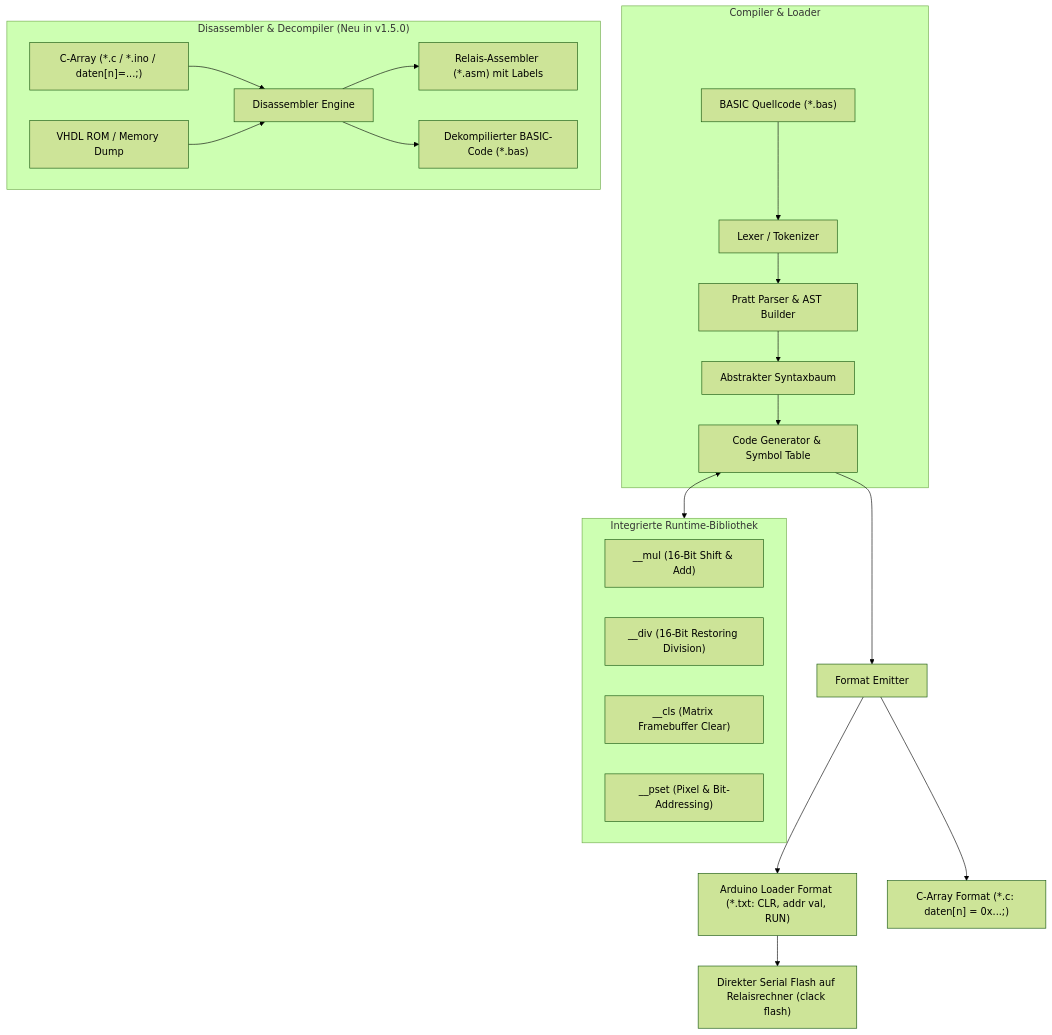
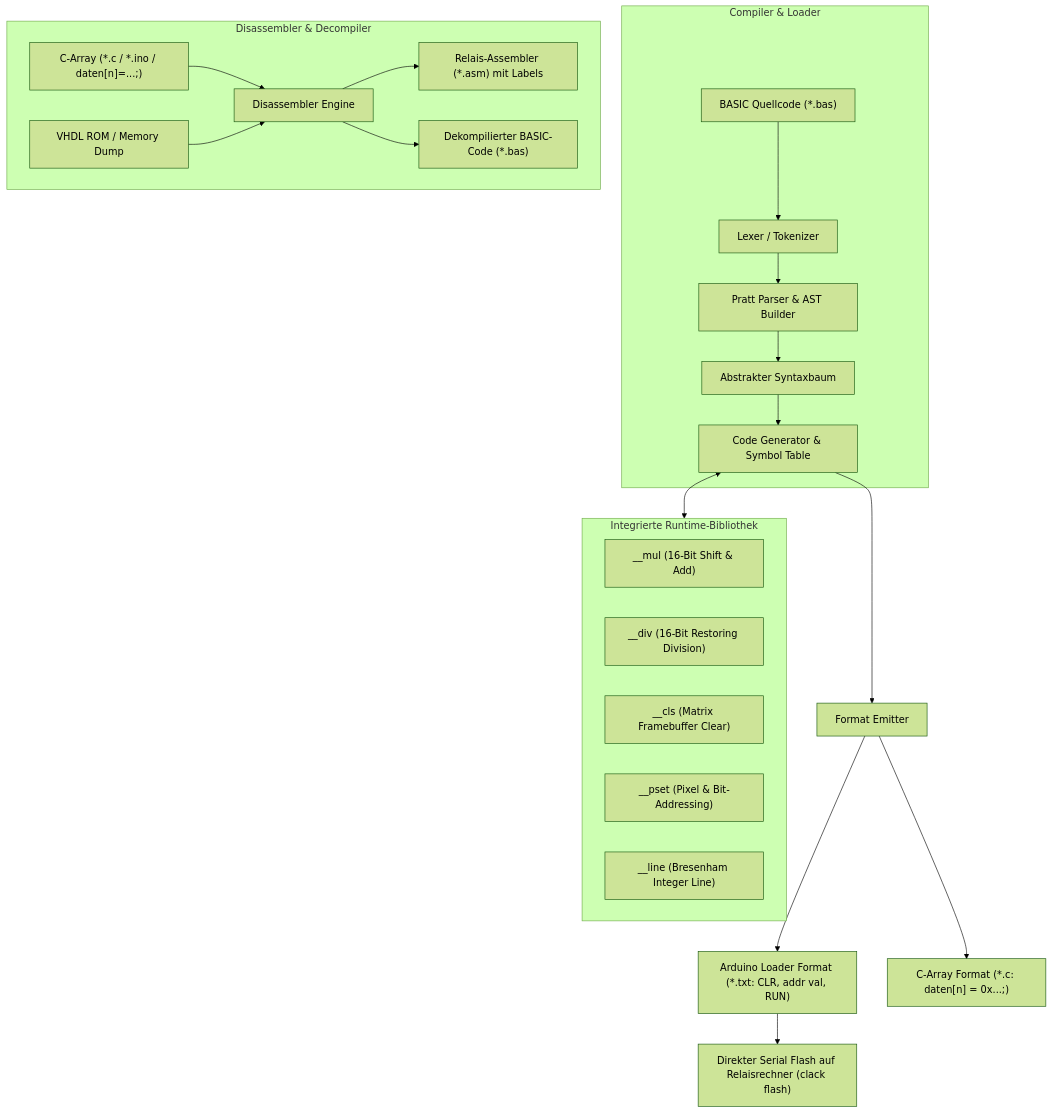
One commit to relaycomputer/clack-basic changed the diagram in README.md. Above: the diagram before and after it, drawn with Mermaid (forest theme). The commit also changed other lines of this file and 11 other files, not shown here.

Commit message:
feat(graphics): Add LINE Bresenham statement, PLOT with color, PIXELMOVE and GOSUB/RETURN docs (v1.5.2)

````diff
--- a/README.md
+++ b/README.md
@@ -10,31 +10,32 @@
 ```mermaid
 flowchart TD
     subgraph Frontend["Compiler & Loader"]
         SRC["BASIC Quellcode (*.bas)"] --> LEX["Lexer / Tokenizer"]
         LEX --> PARSE["Pratt Parser & AST Builder"]
         PARSE --> AST["Abstrakter Syntaxbaum"]
         AST --> CODEGEN["Code Generator & Symbol Table"]
     end
     
-    subgraph Decompiler["Disassembler & Decompiler (Neu in v1.5.0)"]
+    subgraph Decompiler["Disassembler & Decompiler"]
         CARRAY["C-Array (*.c / *.ino / daten[n]=...;)"] --> DEASM["Disassembler Engine"]
         VHDL["VHDL ROM / Memory Dump"] --> DEASM
         DEASM --> ASM_OUT["Relais-Assembler (*.asm) mit Labels"]
         DEASM --> BASIC_OUT["Dekompilierter BASIC-Code (*.bas)"]
     end
     
     subgraph Runtime["Integrierte Runtime-Bibliothek"]
         MUL["__mul (16-Bit Shift & Add)"]
         DIV["__div (16-Bit Restoring Division)"]
         CLS["__cls (Matrix Framebuffer Clear)"]
         PSET["__pset (Pixel & Bit-Addressing)"]
+        LINE["__line (Bresenham Integer Line)"]
     end
     
     CODEGEN <--> Runtime
     CODEGEN --> EMIT["Format Emitter"]
     
     EMIT --> OUT_ARDUINO["Arduino Loader Format (*.txt: CLR, addr val, RUN)"]
     EMIT --> OUT_CARRAY["C-Array Format (*.c: daten[n] = 0x...;)"]
     
     OUT_ARDUINO --> FLASH["Direkter Serial Flash auf Relaisrechner (clack flash)"]
 ```
````
